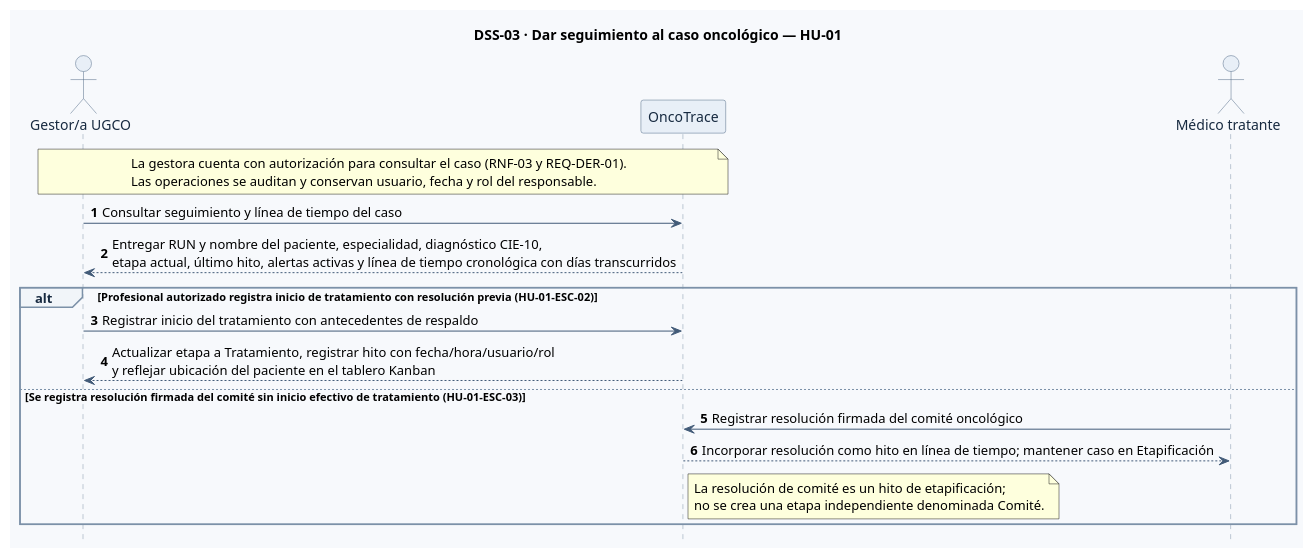
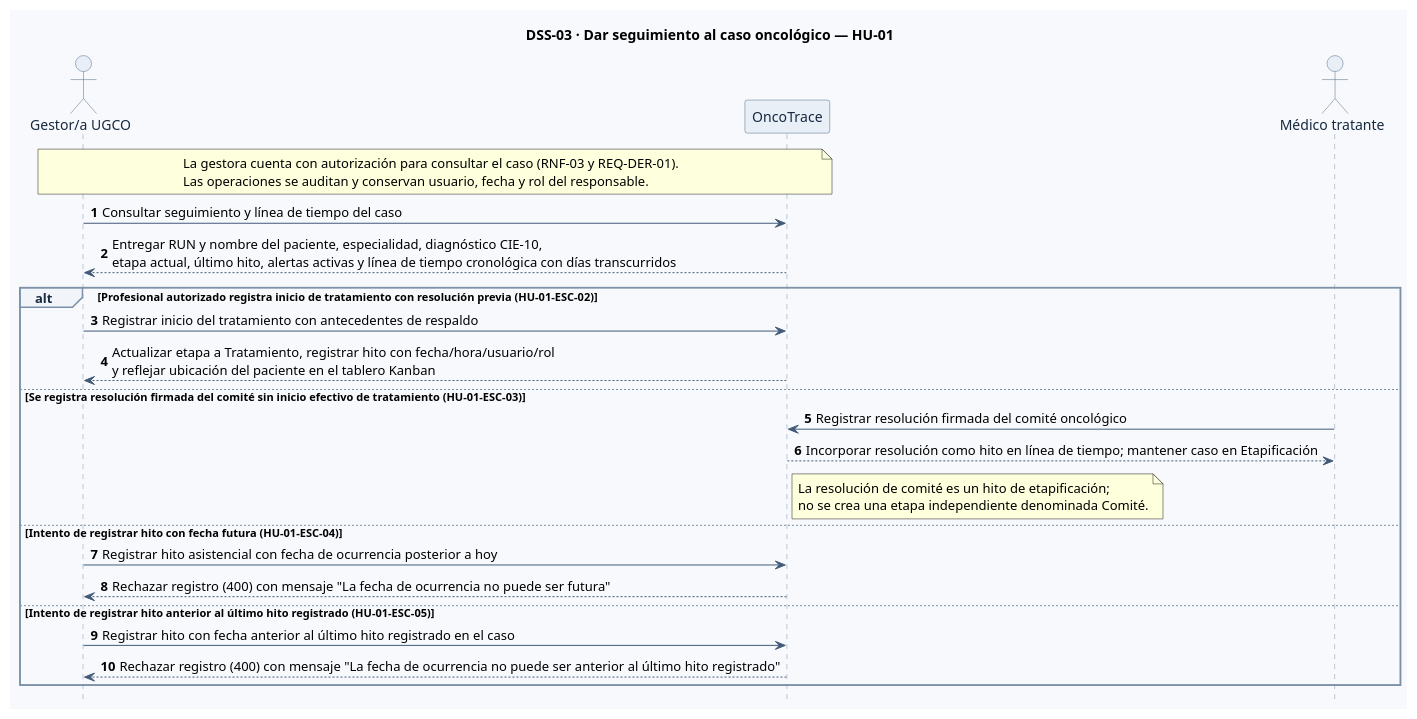
One commit to br1fz/OncoTrace changed the third of 4 diagrams in diagramas/diagramas-secuencia.puml. Above: the diagram before and after it, drawn with PlantUML. The commit also changed 8 other files, not shown here.

```diff
--- a/diagramas/diagramas-secuencia.puml
+++ b/diagramas/diagramas-secuencia.puml
@@ -161,48 +161,54 @@
 @startuml DSS-03-HU-01
 hide footbox
 autonumber
 skinparam shadowing false
 skinparam backgroundColor #F7F9FC
 skinparam defaultFontName SansSerif
 skinparam sequence {
   ArrowColor #425B78
   LifeLineBorderColor #8295AA
   LifeLineBackgroundColor #F0F4F8
   ParticipantBorderColor #526B87
   ParticipantBackgroundColor #E8EFF7
   ParticipantFontColor #172A40
   ActorBorderColor #526B87
   ActorBackgroundColor #E8EFF7
   ActorFontColor #172A40
   BoxBorderColor #CBD5E1
   BoxBackgroundColor #F8FAFC
   GroupBorderColor #7C91A8
   GroupBackgroundColor #F1F5F9
   GroupHeaderFontColor #172A40
   ResponseMessageBelowArrow true
 }
 title DSS-03 · Dar seguimiento al caso oncológico — HU-01
 actor "Gestor/a UGCO" as Gestor
 participant "OncoTrace" as OT
 actor "Médico tratante" as Medico
 
 note over Gestor,OT
 La gestora cuenta con autorización para consultar el caso (RNF-03 y REQ-DER-01).
 Las operaciones se auditan y conservan usuario, fecha y rol del responsable.
 end note
 
 Gestor -> OT: Consultar seguimiento y línea de tiempo del caso
 OT --> Gestor: Entregar RUN y nombre del paciente, especialidad, diagnóstico CIE-10,\netapa actual, último hito, alertas activas y línea de tiempo cronológica con días transcurridos
 
 alt Profesional autorizado registra inicio de tratamiento con resolución previa (HU-01-ESC-02)
   Gestor -> OT: Registrar inicio del tratamiento con antecedentes de respaldo
   OT --> Gestor: Actualizar etapa a Tratamiento, registrar hito con fecha/hora/usuario/rol\ny reflejar ubicación del paciente en el tablero Kanban
 else Se registra resolución firmada del comité sin inicio efectivo de tratamiento (HU-01-ESC-03)
   Medico -> OT: Registrar resolución firmada del comité oncológico
   OT --> Medico: Incorporar resolución como hito en línea de tiempo; mantener caso en Etapificación
   note right of OT
   La resolución de comité es un hito de etapificación;
   no se crea una etapa independiente denominada Comité.
   end note
+else Intento de registrar hito con fecha futura (HU-01-ESC-04)
+  Gestor -> OT: Registrar hito asistencial con fecha de ocurrencia posterior a hoy
+  OT --> Gestor: Rechazar registro (400) con mensaje "La fecha de ocurrencia no puede ser futura"
+else Intento de registrar hito anterior al último hito registrado (HU-01-ESC-05)
+  Gestor -> OT: Registrar hito con fecha anterior al último hito registrado en el caso
+  OT --> Gestor: Rechazar registro (400) con mensaje "La fecha de ocurrencia no puede ser anterior al último hito registrado"
 end
 @enduml
```
